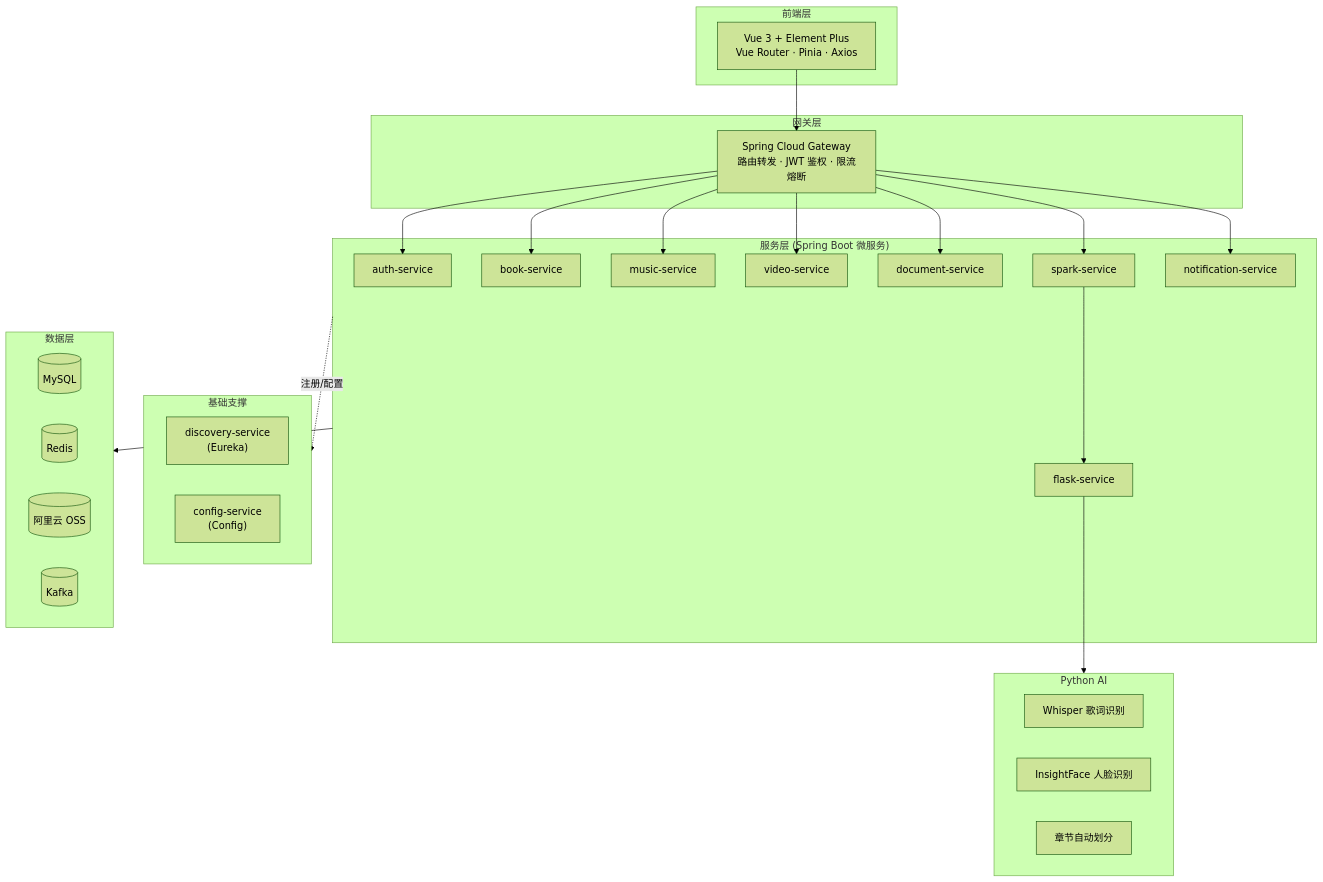
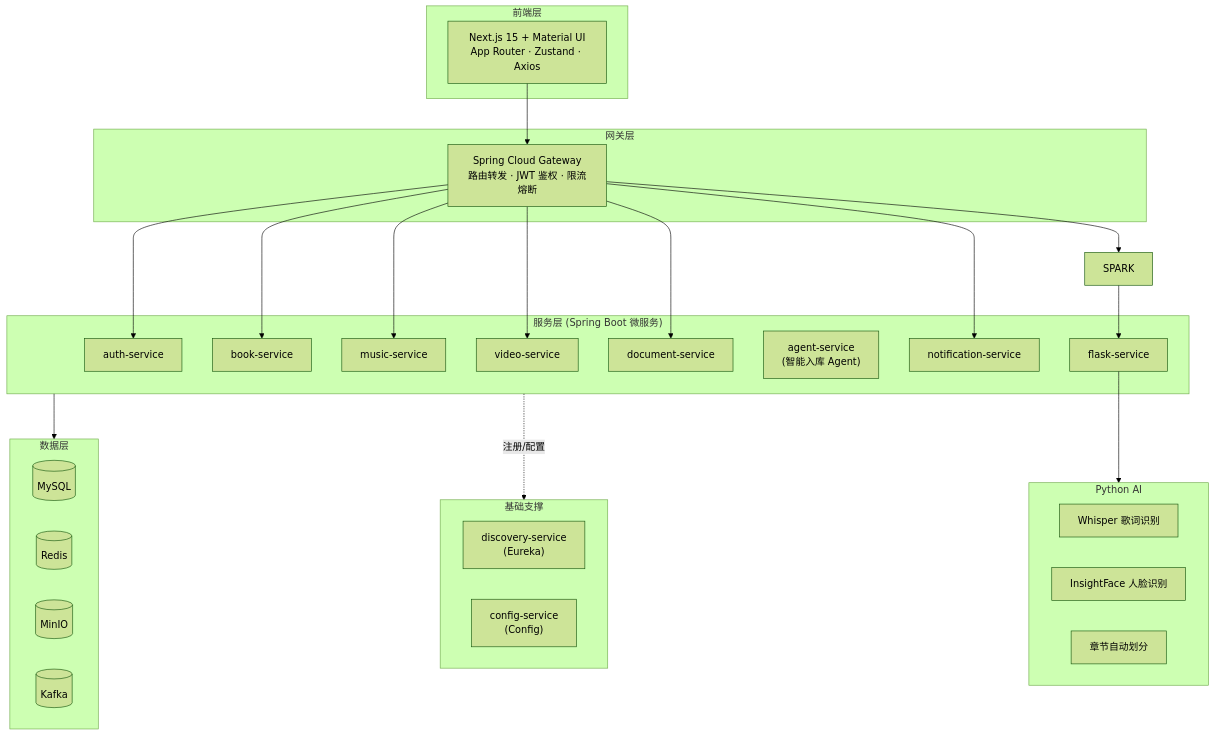
The diagram in README.md (JasonCao2003/MediaMinds), drawn with Mermaid (forest theme) before and after one commit. The commit also changed other lines of this file and 252 other files, not shown here.

First line of the commit message:
feat: Next.js 前端重构 + 单用户模式 + 智能入库 Agent

````diff
--- a/README.md
+++ b/README.md
@@ -64,46 +63,46 @@
 ```mermaid
 flowchart TB
     subgraph FE["前端层"]
-        VUE["Vue 3 + Element Plus<br/>Vue Router · Pinia · Axios"]
+        NEXT["Next.js 15 + Material UI<br/>App Router · Zustand · Axios"]
     end
 
     subgraph GW["网关层"]
         GATEWAY["Spring Cloud Gateway<br/>路由转发 · JWT 鉴权 · 限流熔断"]
     end
 
     subgraph SVC["服务层 (Spring Boot 微服务)"]
         AUTH["auth-service"]
         BOOK["book-service"]
         MUSIC["music-service"]
         VIDEO["video-service"]
         DOC["document-service"]
-        SPARK["spark-service"]
+        AGENT["agent-service<br/>(智能入库 Agent)"]
         NOTI["notification-service"]
         FLASK["flask-service"]
     end
 
     subgraph INFRA["基础支撑"]
         EUREKA["discovery-service<br/>(Eureka)"]
         CONFIG["config-service<br/>(Config)"]
     end
 
     subgraph PY["Python AI"]
         WHISPER["Whisper 歌词识别"]
         FACE["InsightFace 人脸识别"]
         SPLIT["章节自动划分"]
     end
 
     subgraph DATA["数据层"]
         MYSQL[("MySQL")]
         REDIS[("Redis")]
-        OSS[("阿里云 OSS")]
+        MinIO[("MinIO")]
         KAFKA[("Kafka")]
     end
 
-    VUE --> GATEWAY
+    NEXT --> GATEWAY
     GATEWAY --> AUTH & BOOK & MUSIC & VIDEO & DOC & SPARK & NOTI
     SPARK --> FLASK
     FLASK --> PY
     SVC --> DATA
     SVC -.注册/配置.-> INFRA
 ```
````
